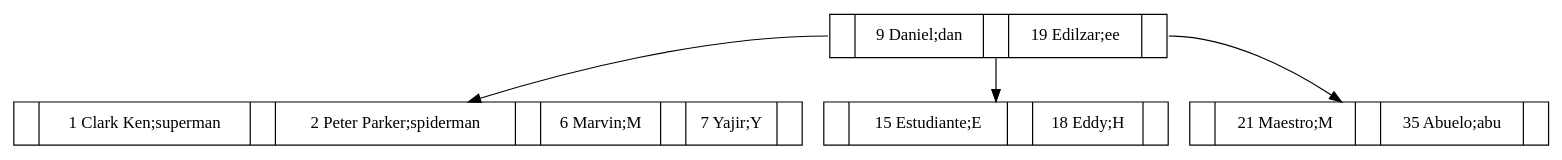
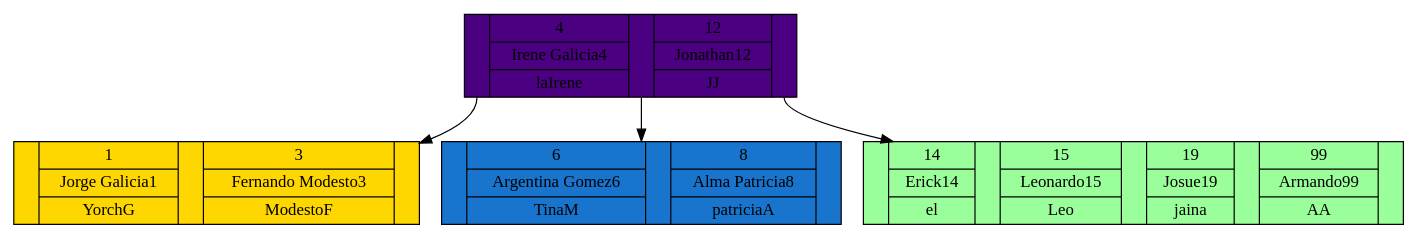
One commit to mdaniel543/SafeWay-Java changed the diagram in [EDD]Proyecto2/usuario.dot. Above: the diagram before and after it, drawn with Graphviz. The commit also changed 21 other files, not shown here.

```diff
--- a/[EDD]Proyecto2/usuario.dot
+++ b/[EDD]Proyecto2/usuario.dot
@@ -1,10 +1,10 @@
 digraph G{
-node[shape=record]
-node1836019240[label = "<f0>|<f1>9 Daniel;dan|<f2>|<f3>19 Edilzar;ee|<f4>"]
-node325040804[label = "<f0>|<f1>1 Clark Ken;superman|<f2>|<f3>2 Peter Parker;spiderman|<f4>|<f5>6 Marvin;M|<f6>|<f7>7 Yajir;Y|<f8>"]
-node1836019240:f0->node325040804
-node1173230247[label = "<f0>|<f1>15 Estudiante;E|<f2>|<f3>18 Eddy;H|<f4>"]
-node1836019240:f2->node1173230247
-node856419764[label = "<f0>|<f1>21 Maestro;M|<f2>|<f3>35 Abuelo;abu|<f4>"]
-node1836019240:f4->node856419764
+node[shape=record style=filled]
+node918221580[label = "<f0>|{4|Irene Galicia4|laIrene}|<f2>|{12|Jonathan12|JJ}|<f4>"][fillcolor = "indigo"]
+node2055281021[label = "<f0>|{1|Jorge Galicia1|YorchG}|<f2>|{3|Fernando Modesto3|ModestoF}|<f4>"][fillcolor = "gold1"]
+node918221580:f0->node2055281021
+node1554547125[label = "<f0>|{6|Argentina Gomez6|TinaM}|<f2>|{8|Alma Patricia8|patriciaA}|<f4>"][fillcolor = "dodgerblue3"]
+node918221580:f2->node1554547125
+node617901222[label = "<f0>|{14|Erick14|el}|<f2>|{15|Leonardo15|Leo}|<f4>|{19|Josue19|jaina}|<f6>|{99|Armando99|AA}|<f8>"][fillcolor = "palegreen1"]
+node918221580:f4->node617901222
 }
```
